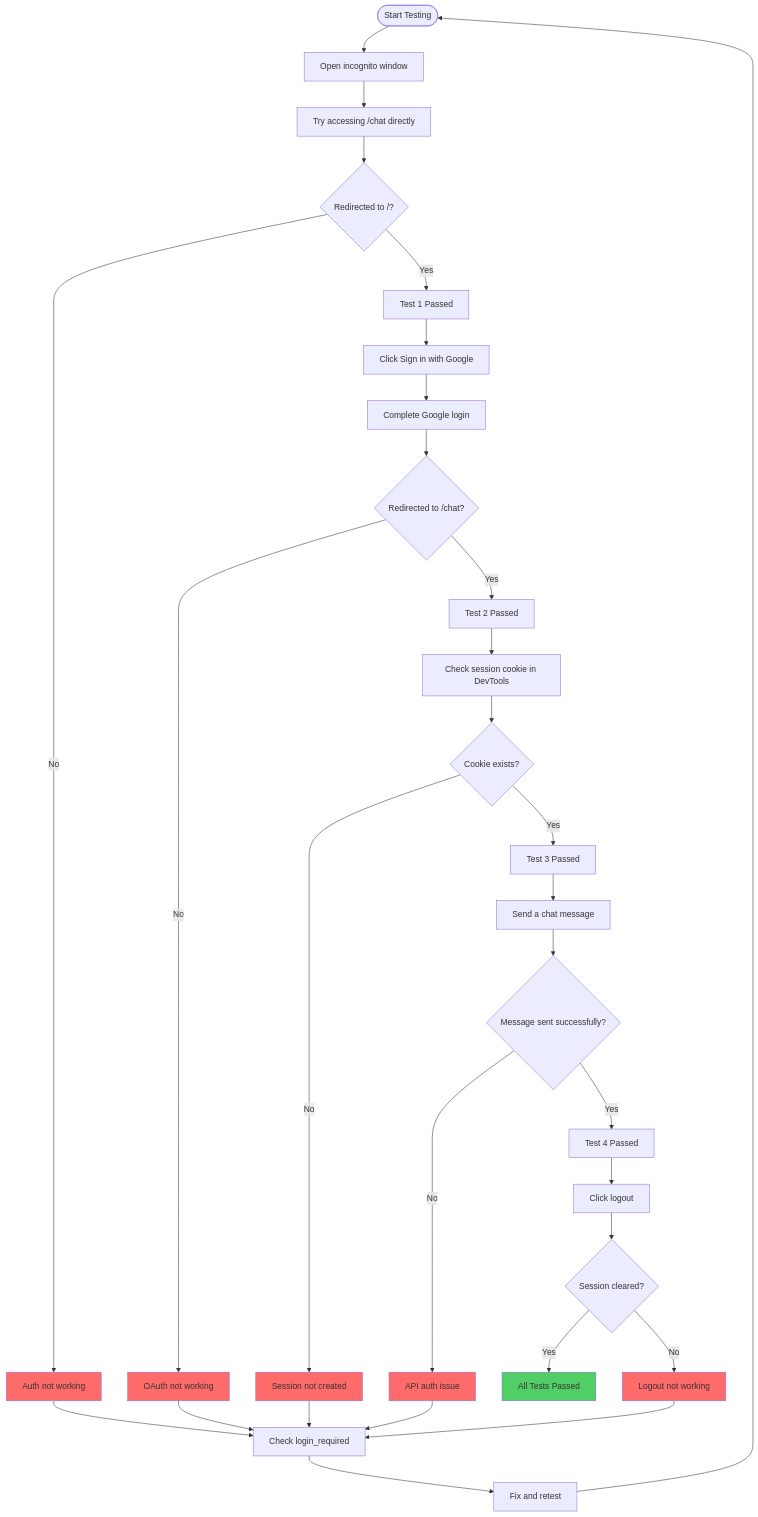
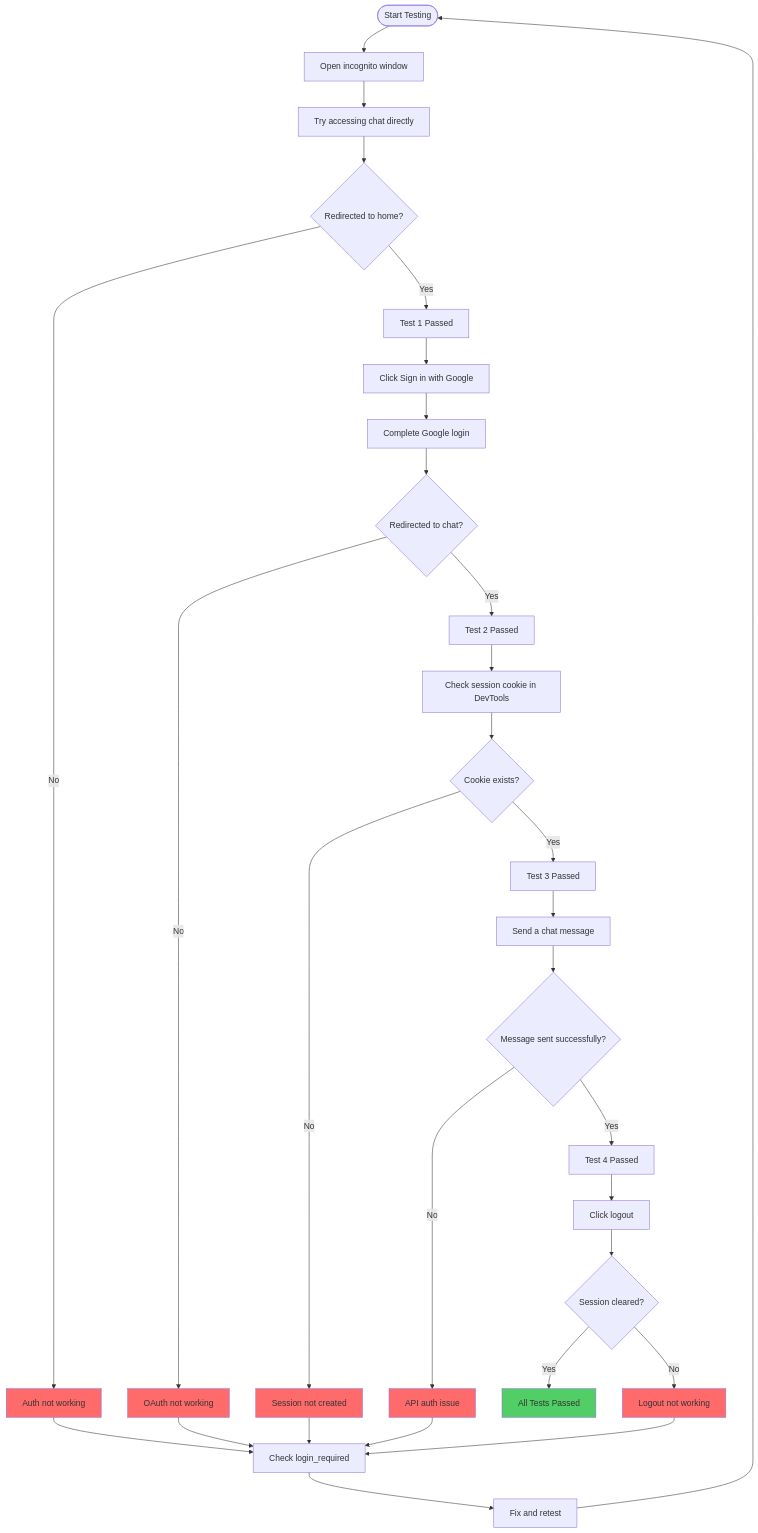
Diagram 12 of 15 in docs/OAUTH_FLOWCHART.md (DANI-cloud-del/Flask), drawn with Mermaid before and after one commit. The commit also changed other lines of this file, not shown here.

Commit message:
Fix missing line breaks in Mermaid flowcharts causing lexical errors

````diff
--- a/docs/OAUTH_FLOWCHART.md
+++ b/docs/OAUTH_FLOWCHART.md
@@ -366,46 +373,46 @@
 ```mermaid
 flowchart TD
     Start([Start Testing]) --> Test1[Open incognito window]
     
-    Test1 --> Test2[Try accessing /chat directly]
-    Test2 --> Check1{Redirected to /?}
+    Test1 --> Test2[Try accessing chat directly]
+    Test2 --> Check1{Redirected to home?}
     Check1 -->|Yes| Pass1[Test 1 Passed]
     Check1 -->|No| Fail1[Auth not working]
     
     Pass1 --> Test3[Click Sign in with Google]
     Test3 --> Test4[Complete Google login]
-    Test4 --> Check2{Redirected to /chat?}
+    Test4 --> Check2{Redirected to chat?}
     Check2 -->|Yes| Pass2[Test 2 Passed]
     Check2 -->|No| Fail2[OAuth not working]
     
     Pass2 --> Test5[Check session cookie in DevTools]
     Test5 --> Check3{Cookie exists?}
     Check3 -->|Yes| Pass3[Test 3 Passed]
     Check3 -->|No| Fail3[Session not created]
     
     Pass3 --> Test6[Send a chat message]
     Test6 --> Check4{Message sent successfully?}
     Check4 -->|Yes| Pass4[Test 4 Passed]
     Check4 -->|No| Fail4[API auth issue]
     
     Pass4 --> Test7[Click logout]
     Test7 --> Check5{Session cleared?}
     Check5 -->|Yes| Pass5[All Tests Passed]
     Check5 -->|No| Fail5[Logout not working]
     
     Fail1 --> Debug[Check login_required]
     Fail2 --> Debug
     Fail3 --> Debug
     Fail4 --> Debug
     Fail5 --> Debug
     
     Debug --> FixIssue[Fix and retest]
     FixIssue --> Start
     
     style Pass5 fill:#51cf66
     style Fail1 fill:#ff6b6b
     style Fail2 fill:#ff6b6b
     style Fail3 fill:#ff6b6b
     style Fail4 fill:#ff6b6b
     style Fail5 fill:#ff6b6b
 ```
````
